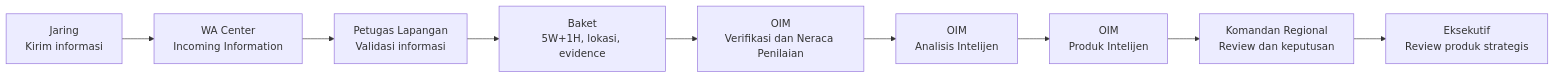
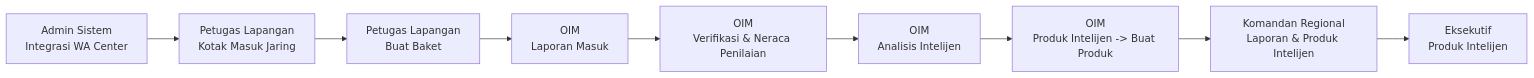
One commit to ATIOSLab/Dens-Cakra changed the ninth of 11 diagrams in docs/laporan-dokumentasi-menu-dan-alur-pemeriksaan-sistem.md. Above: the diagram before and after it, drawn with Mermaid. The commit also changed other lines of this file and 6 other files, not shown here.

````diff
--- a/docs/laporan-dokumentasi-menu-dan-alur-pemeriksaan-sistem.md
+++ b/docs/laporan-dokumentasi-menu-dan-alur-pemeriksaan-sistem.md
@@ -297,11 +325,11 @@
 ```mermaid
 flowchart LR
-    J["Jaring\nKirim informasi"] --> WA["WA Center\nIncoming Information"]
-    WA --> FO["Petugas Lapangan\nValidasi informasi"]
-    FO --> B["Baket\n5W+1H, lokasi, evidence"]
-    B --> V["OIM\nVerifikasi dan Neraca Penilaian"]
-    V --> A["OIM\nAnalisis Intelijen"]
-    A --> P["OIM\nProduk Intelijen"]
-    P --> R["Komandan Regional\nReview dan keputusan"]
-    R --> E["Eksekutif\nReview produk strategis"]
+    ADM["Admin Sistem<br/>Integrasi WA Center"] --> IN["Petugas Lapangan<br/>Kotak Masuk Jaring"]
+    IN --> BK["Petugas Lapangan<br/>Buat Baket"]
+    BK --> LM["OIM<br/>Laporan Masuk"]
+    LM --> VR["OIM<br/>Verifikasi & Neraca Penilaian"]
+    VR --> AN["OIM<br/>Analisis Intelijen"]
+    AN --> PI["OIM<br/>Produk Intelijen -> Buat Produk"]
+    PI --> RPI["Komandan Regional<br/>Laporan & Produk Intelijen"]
+    RPI --> EPI["Eksekutif<br/>Produk Intelijen"]
 ```
````
